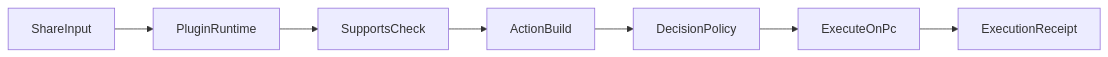
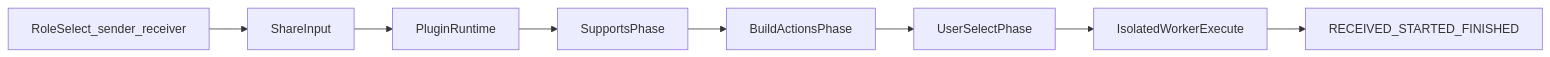
Before and after one commit to synra-app/synra: the second of 2 diagrams in ai-docs/main/plugin-runtime-design.md, drawn with Mermaid. The commit also changed other lines of this file and 9 other files, not shown here.

````diff
--- a/ai-docs/main/plugin-runtime-design.md
+++ b/ai-docs/main/plugin-runtime-design.md
@@ -30,9 +92,10 @@
 ```mermaid
 flowchart LR
-  shareInput[ShareInput] --> runtime[PluginRuntime]
-  runtime --> supportCheck[SupportsCheck]
-  supportCheck --> actionBuild[ActionBuild]
-  actionBuild --> decision[DecisionPolicy]
-  decision --> execute[ExecuteOnPc]
-  execute --> receipt[ExecutionReceipt]
+  roleSelect[RoleSelect_sender_receiver] --> inputData[ShareInput]
+  inputData --> pluginRuntime[PluginRuntime]
+  pluginRuntime --> supportsPhase[SupportsPhase]
+  supportsPhase --> actionBuildPhase[BuildActionsPhase]
+  actionBuildPhase --> userSelectPhase[UserSelectPhase]
+  userSelectPhase --> isolatedExec[IsolatedWorkerExecute]
+  isolatedExec --> receiptStages[RECEIVED_STARTED_FINISHED]
 ```
````
